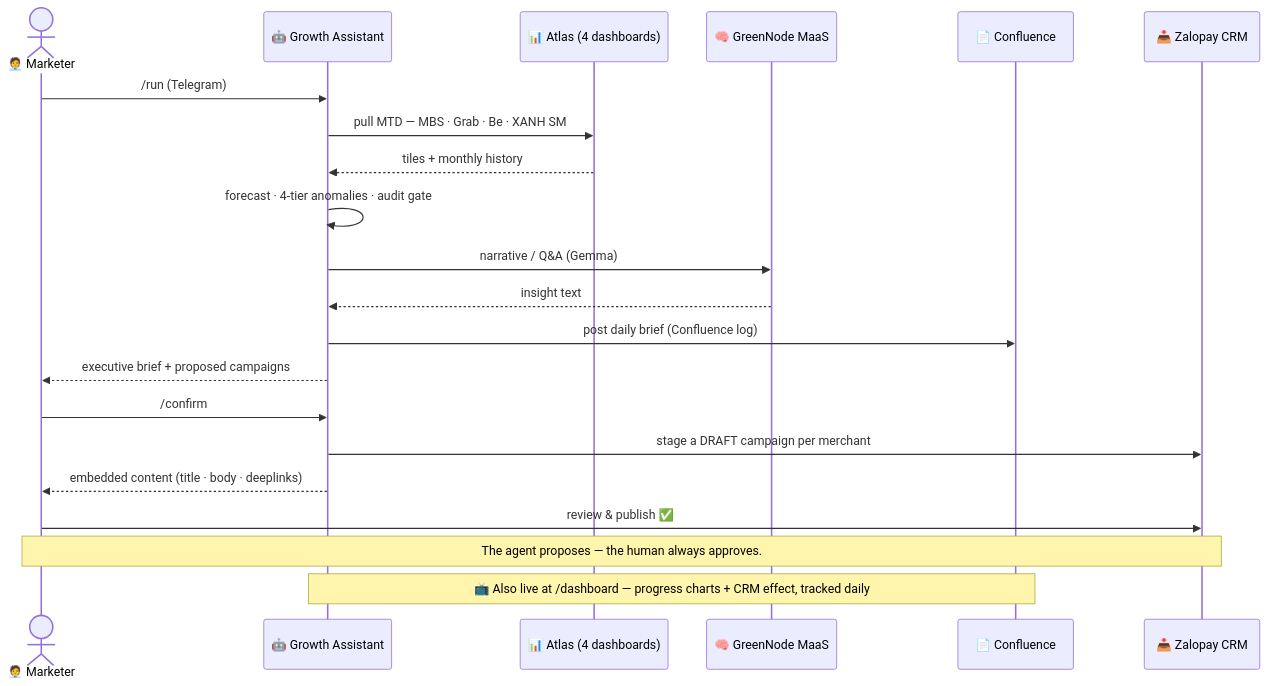
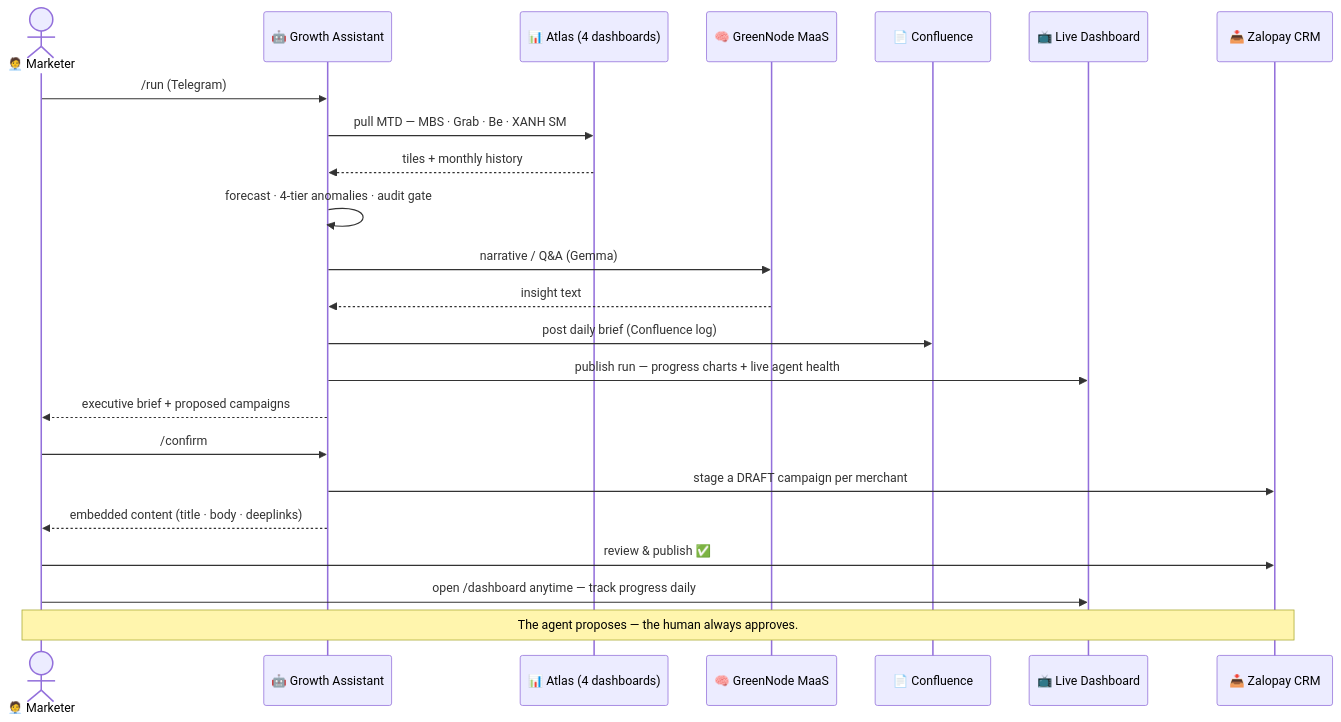
The first of 4 diagrams in README.md (thai-max-nguyen/claw-a-thon-demo-agent-mvp), drawn with Mermaid before and after one commit. The commit also changed other lines of this file and 4 other files, not shown here.

````diff
--- a/README.md
+++ b/README.md
@@ -38,23 +38,25 @@
 ```mermaid
 sequenceDiagram
   actor M as 🧑‍💼 Marketer
   participant A as 🤖 Growth Assistant
   participant AT as 📊 Atlas (4 dashboards)
   participant LLM as 🧠 GreenNode MaaS
   participant CF as 📄 Confluence
+  participant DB as 📺 Live Dashboard
   participant C as 📥 Zalopay CRM
   M->>A: /run  (Telegram)
   A->>AT: pull MTD — MBS · Grab · Be · XANH SM
   AT-->>A: tiles + monthly history
   A->>A: forecast · 4-tier anomalies · audit gate
   A->>LLM: narrative / Q&A (Gemma)
   LLM-->>A: insight text
   A->>CF: post daily brief (Confluence log)
+  A->>DB: publish run — progress charts + live agent health
   A-->>M: executive brief + proposed campaigns
   M->>A: /confirm
   A->>C: stage a DRAFT campaign per merchant
   A-->>M: embedded content (title · body · deeplinks)
   M->>C: review & publish ✅
+  M->>DB: open /dashboard anytime — track progress daily
   Note over M,C: The agent proposes — the human always approves.
-  Note over A,CF: 📺 Also live at /dashboard — progress charts + CRM effect, tracked daily
 ```
````
